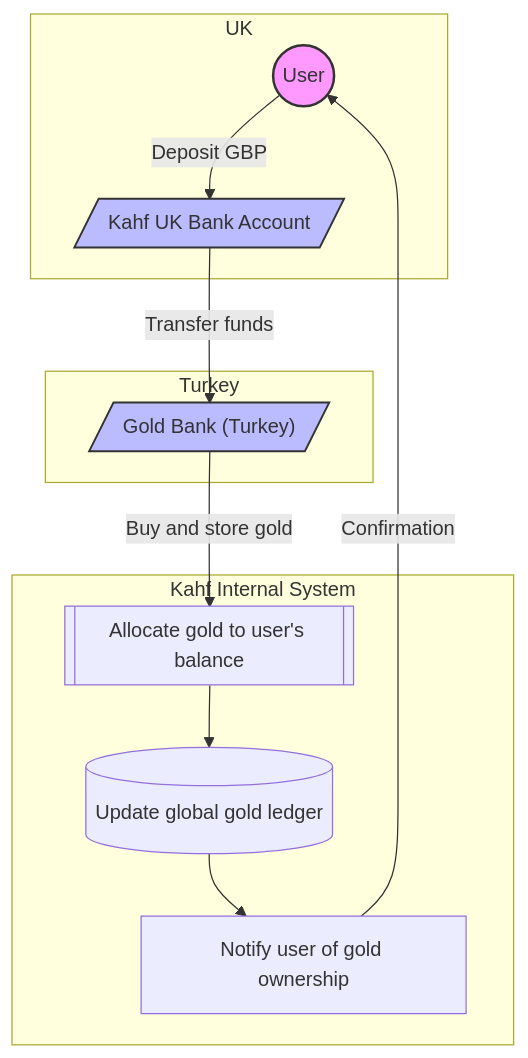
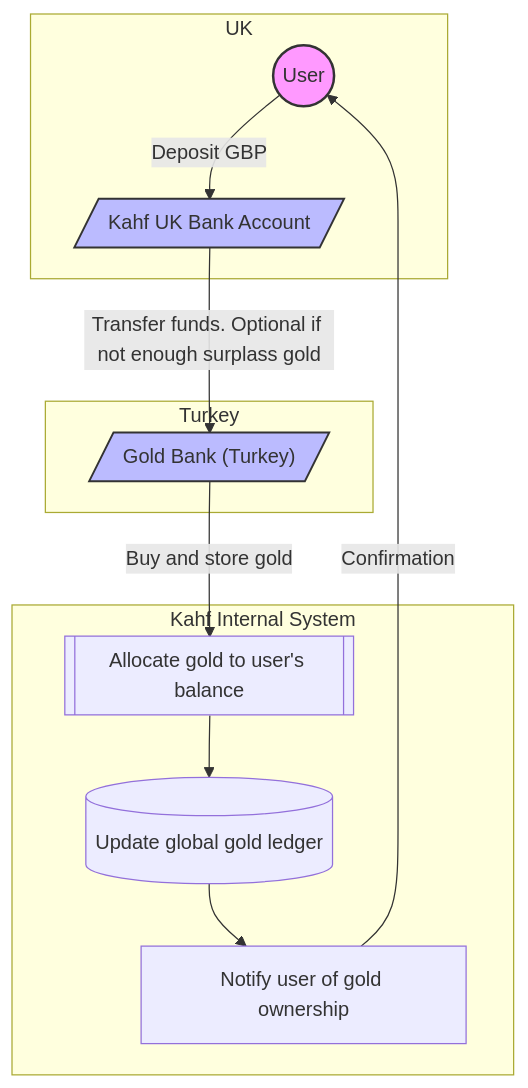
The second of 4 diagrams in README.md (kahf-gold/public), drawn with Mermaid before and after one commit.

````diff
--- a/README.md
+++ b/README.md
@@ -25,27 +25,27 @@
 ```mermaid
 flowchart TD
     subgraph UK [UK]
         user((User)):::actor
         ukAccount[/"Kahf UK Bank Account"/]:::bank
     end
 
     subgraph Turkey [Turkey]
         goldBank[/"Gold Bank (Turkey)"/]:::bank
     end
 
     subgraph KahfSystem [Kahf Internal System]
         allocation[[Allocate gold to user's balance]]
         ledger[(Update global gold ledger)]
         notify[Notify user of gold ownership]
     end
 
     user -->|Deposit GBP| ukAccount
-    ukAccount -->|Transfer funds| goldBank
+    ukAccount -->|Transfer funds. Optional if not enough surplass gold| goldBank
     goldBank -->|Buy and store gold| allocation
     allocation --> ledger
     ledger --> notify
     notify -->|Confirmation| user
 
     classDef actor fill:#f9f,stroke:#333,stroke-width:2px;
     classDef bank fill:#bbf,stroke:#333,stroke-width:1.5px;
 ```
````
